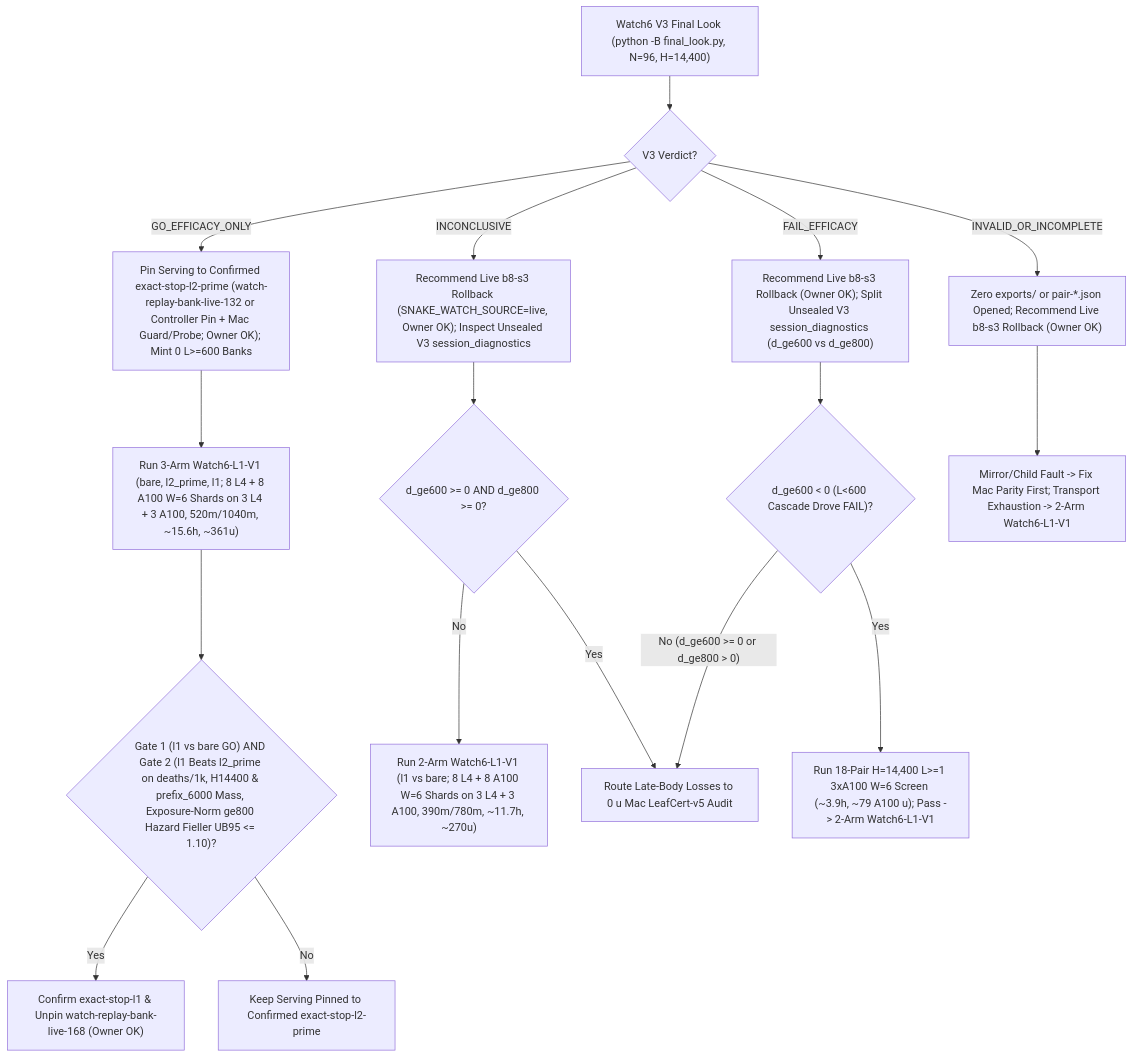
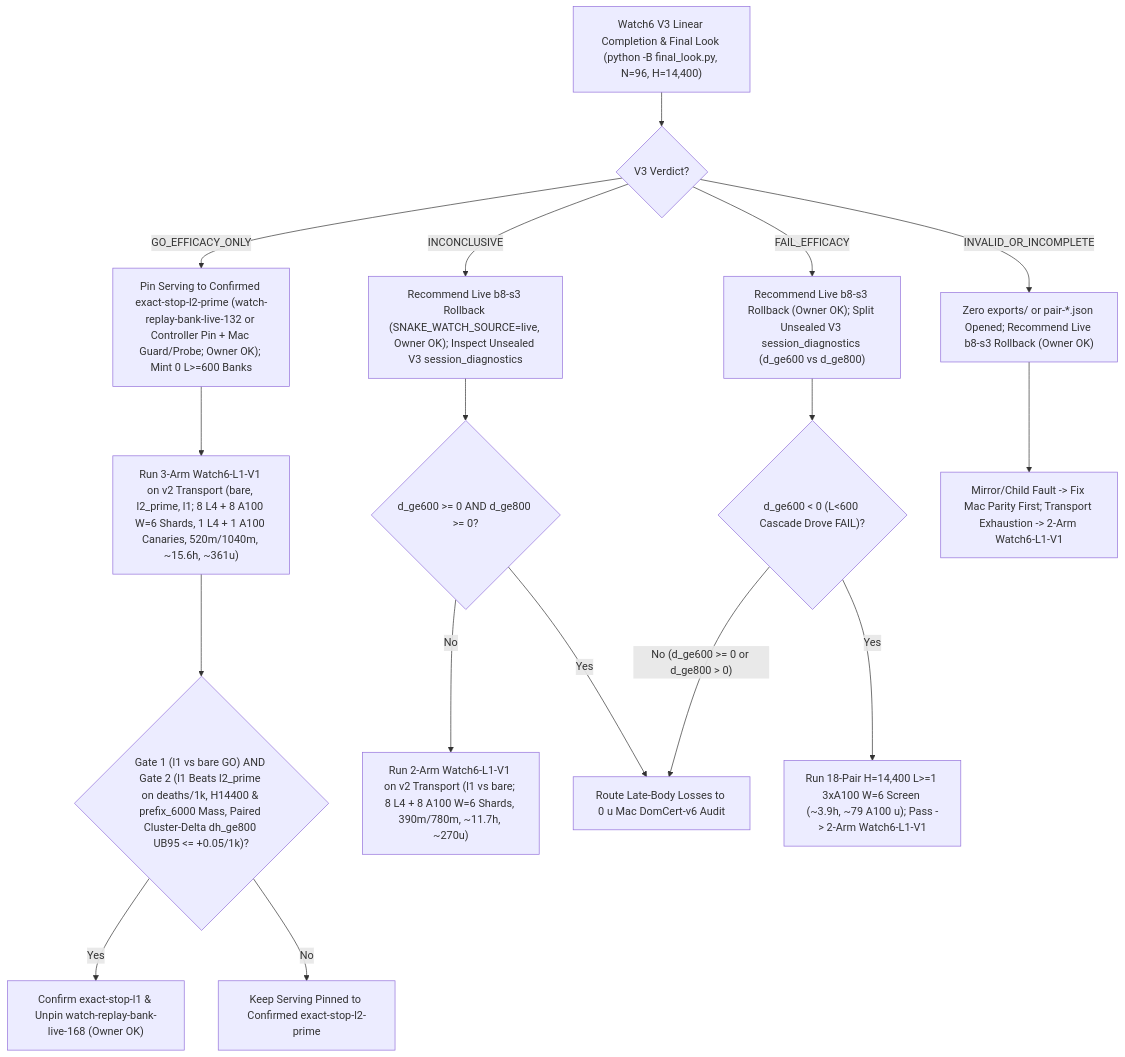
One commit to josenunezwork/snake-dqn changed the diagram in docs/research/ROADMAP.md. Above: the diagram before and after it, drawn with Mermaid. The commit also changed other lines of this file, not shown here.

Commit message:
docs(roadmap): fold in round-06 synthesis as current and later-round advice

````diff
--- a/docs/research/ROADMAP.md
+++ b/docs/research/ROADMAP.md
@@ -85,19 +88,19 @@
 ```mermaid
 flowchart TD
-    V3["Watch6 V3 Final Look (python -B final_look.py, N=96, H=14,400)"] --> VERDICT{"V3 Verdict?"}
+    V3["Watch6 V3 Linear Completion & Final Look (python -B final_look.py, N=96, H=14,400)"] --> VERDICT{"V3 Verdict?"}
     VERDICT -- "GO_EFFICACY_ONLY" --> PIN_L2["Pin Serving to Confirmed exact-stop-l2-prime (watch-replay-bank-live-132 or Controller Pin + Mac Guard/Probe; Owner OK); Mint 0 L>=600 Banks"]
-    PIN_L2 --> L1_3ARM["Run 3-Arm Watch6-L1-V1 (bare, l2_prime, l1; 8 L4 + 8 A100 W=6 Shards on 3 L4 + 3 A100, 520m/1040m, ~15.6h, ~361u)"]
-    L1_3ARM --> GATE2{"Gate 1 (l1 vs bare GO) AND Gate 2 (l1 Beats l2_prime on deaths/1k, H14400 & prefix_6000 Mass, Exposure-Norm ge800 Hazard Fieller UB95 <= 1.10)?"}
+    PIN_L2 --> L1_3ARM["Run 3-Arm Watch6-L1-V1 on v2 Transport (bare, l2_prime, l1; 8 L4 + 8 A100 W=6 Shards, 1 L4 + 1 A100 Canaries, 520m/1040m, ~15.6h, ~361u)"]
+    L1_3ARM --> GATE2{"Gate 1 (l1 vs bare GO) AND Gate 2 (l1 Beats l2_prime on deaths/1k, H14400 & prefix_6000 Mass, Paired Cluster-Delta dh_ge800 UB95 <= +0.05/1k)?"}
     GATE2 -- "Yes" --> UNPIN168["Confirm exact-stop-l1 & Unpin watch-replay-bank-live-168 (Owner OK)"]
     GATE2 -- "No" --> KEEP_L2["Keep Serving Pinned to Confirmed exact-stop-l2-prime"]
     VERDICT -- "INCONCLUSIVE" --> INC_RB["Recommend Live b8-s3 Rollback (SNAKE_WATCH_SOURCE=live, Owner OK); Inspect Unsealed V3 session_diagnostics"]
     INC_RB --> INC_CHK{"d_ge600 >= 0 AND d_ge800 >= 0?"}
-    INC_CHK -- "No" --> L1_2ARM["Run 2-Arm Watch6-L1-V1 (l1 vs bare; 8 L4 + 8 A100 W=6 Shards on 3 L4 + 3 A100, 390m/780m, ~11.7h, ~270u)"]
-    INC_CHK -- "Yes" --> LEAF["Route Late-Body Losses to 0 u Mac LeafCert-v5 Audit"]
+    INC_CHK -- "No" --> L1_2ARM["Run 2-Arm Watch6-L1-V1 on v2 Transport (l1 vs bare; 8 L4 + 8 A100 W=6 Shards, 390m/780m, ~11.7h, ~270u)"]
+    INC_CHK -- "Yes" --> DOM["Route Late-Body Losses to 0 u Mac DomCert-v6 Audit"]
     VERDICT -- "FAIL_EFFICACY" --> FAIL_RB["Recommend Live b8-s3 Rollback (Owner OK); Split Unsealed V3 session_diagnostics (d_ge600 vs d_ge800)"]
     FAIL_RB --> FAIL_CHK{"d_ge600 < 0 (L<600 Cascade Drove FAIL)?"}
     FAIL_CHK -- "Yes" --> SCR18["Run 18-Pair H=14,400 L>=1 3xA100 W=6 Screen (~3.9h, ~79 A100 u); Pass -> 2-Arm Watch6-L1-V1"]
-    FAIL_CHK -- "No (d_ge600 >= 0 or d_ge800 > 0)" --> LEAF
+    FAIL_CHK -- "No (d_ge600 >= 0 or d_ge800 > 0)" --> DOM
     VERDICT -- "INVALID_OR_INCOMPLETE" --> INV_RB["Zero exports/ or pair-*.json Opened; Recommend Live b8-s3 Rollback (Owner OK)"]
     INV_RB --> INV_FIX["Mirror/Child Fault -> Fix Mac Parity First; Transport Exhaustion -> 2-Arm Watch6-L1-V1"]
 ```
````
